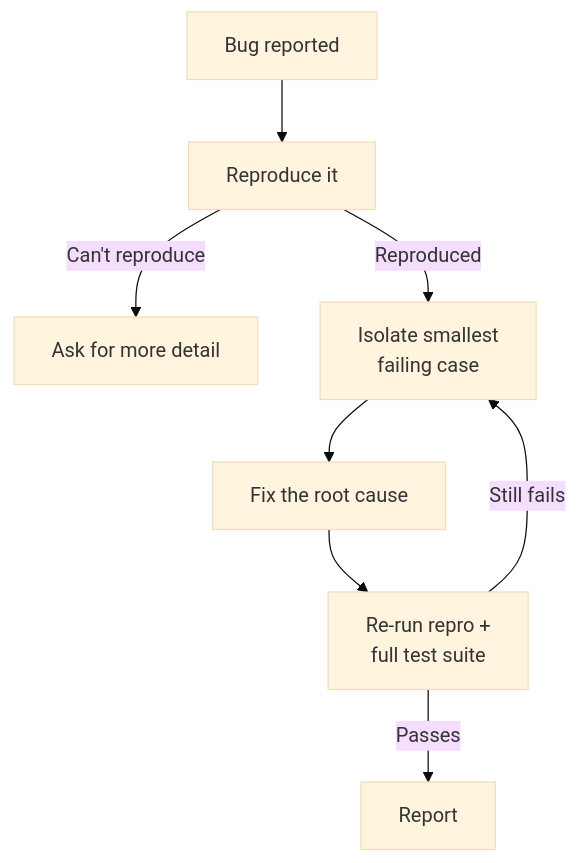
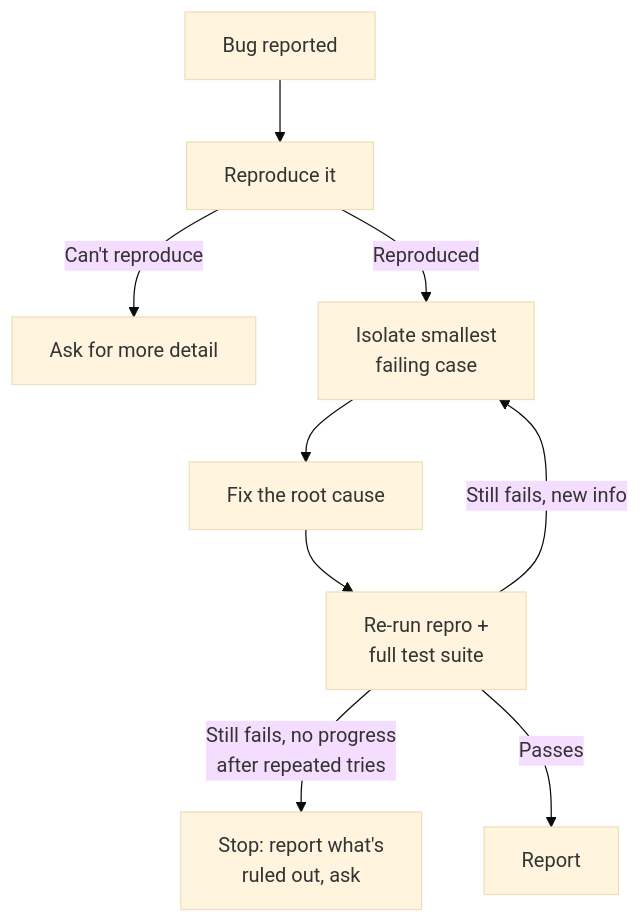
Before and after one commit to chiragmangaldev3112/agent-playbooks: the second of 38 diagrams in FLOWS.md, drawn with Mermaid (base theme). The commit also changed other lines of this file and 6 other files, not shown here.

First line of the commit message:
Sync docs for content 1.29.0: flows, examples, changelog, custom bots

````diff
--- a/FLOWS.md
+++ b/FLOWS.md
@@ -32,10 +33,11 @@
 ```mermaid
 flowchart TD
     A[Bug reported] --> B[Reproduce it]
     B -->|Can't reproduce| C[Ask for more detail]
     B -->|Reproduced| D[Isolate smallest\nfailing case]
     D --> E[Fix the root cause]
     E --> F[Re-run repro +\nfull test suite]
-    F -->|Still fails| D
+    F -->|Still fails, new info| D
+    F -->|Still fails, no progress\nafter repeated tries| H[Stop: report what's\nruled out, ask]
     F -->|Passes| G[Report]
 ```
````
